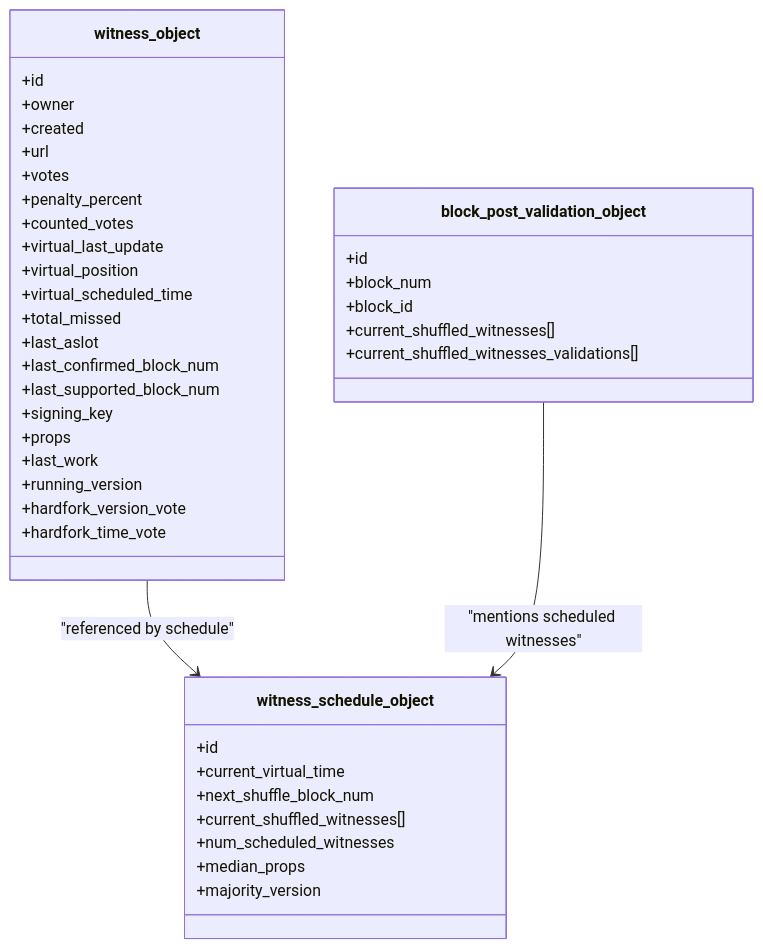
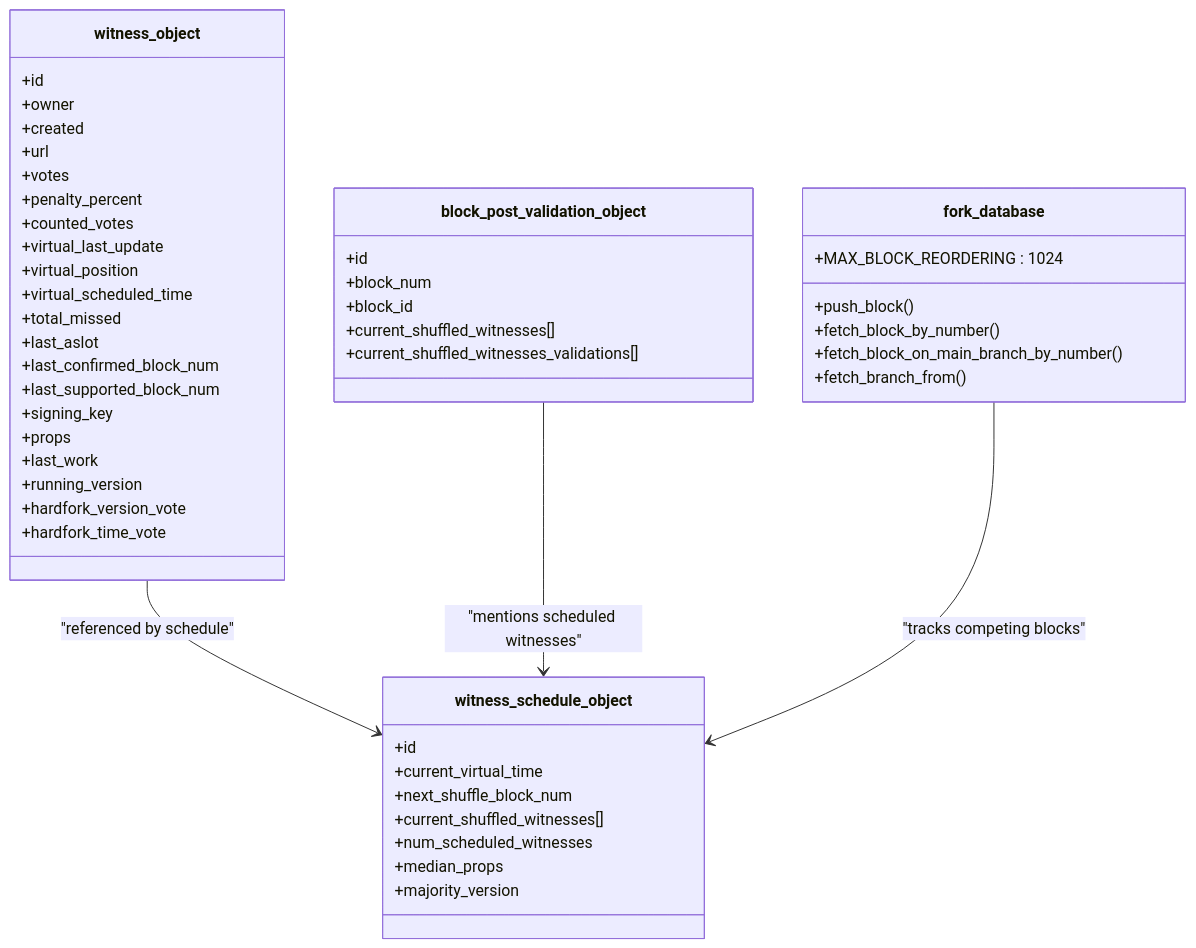
The sixth of 7 diagrams in .qoder/repowiki/en/content/Witness.md (VIZ-Blockchain/viz-cpp-node), drawn with Mermaid before and after one commit. The commit also changed other lines of this file and 4 other files, not shown here.

````diff
--- a/.qoder/repowiki/en/content/Witness.md
+++ b/.qoder/repowiki/en/content/Witness.md
@@ -368,43 +420,51 @@
 ```mermaid
 classDiagram
 class witness_object {
 +id
 +owner
 +created
 +url
 +votes
 +penalty_percent
 +counted_votes
 +virtual_last_update
 +virtual_position
 +virtual_scheduled_time
 +total_missed
 +last_aslot
 +last_confirmed_block_num
 +last_supported_block_num
 +signing_key
 +props
 +last_work
 +running_version
 +hardfork_version_vote
 +hardfork_time_vote
 }
 class witness_schedule_object {
 +id
 +current_virtual_time
 +next_shuffle_block_num
 +current_shuffled_witnesses[]
 +num_scheduled_witnesses
 +median_props
 +majority_version
 }
 class block_post_validation_object {
 +id
 +block_num
 +block_id
 +current_shuffled_witnesses[]
 +current_shuffled_witnesses_validations[]
 }
+class fork_database {
++MAX_BLOCK_REORDERING : 1024
++push_block()
++fetch_block_by_number()
++fetch_block_on_main_branch_by_number()
++fetch_branch_from()
+}
 witness_object --> witness_schedule_object : "referenced by schedule"
 block_post_validation_object --> witness_schedule_object : "mentions scheduled witnesses"
+fork_database --> witness_schedule_object : "tracks competing blocks"
 ```
````
